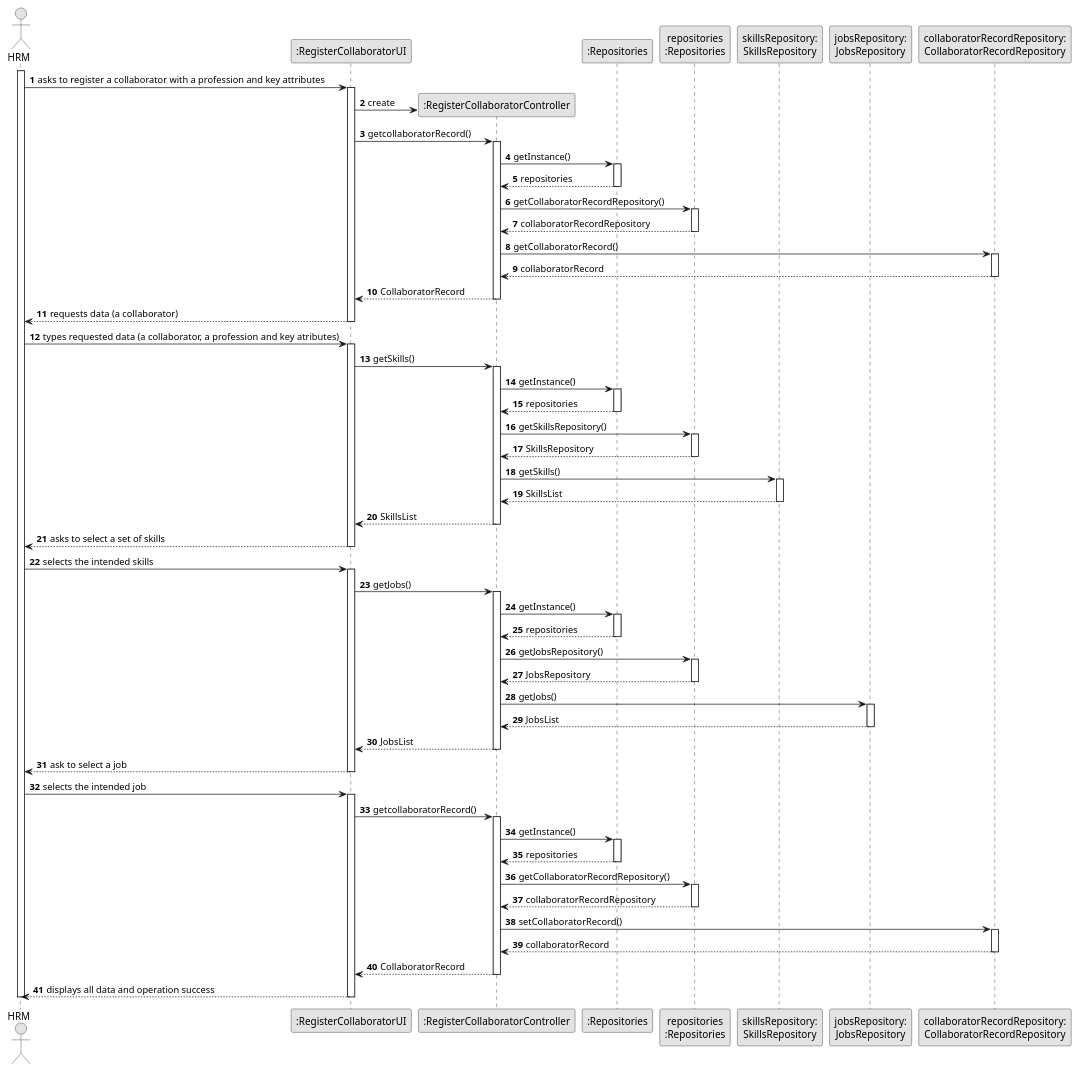
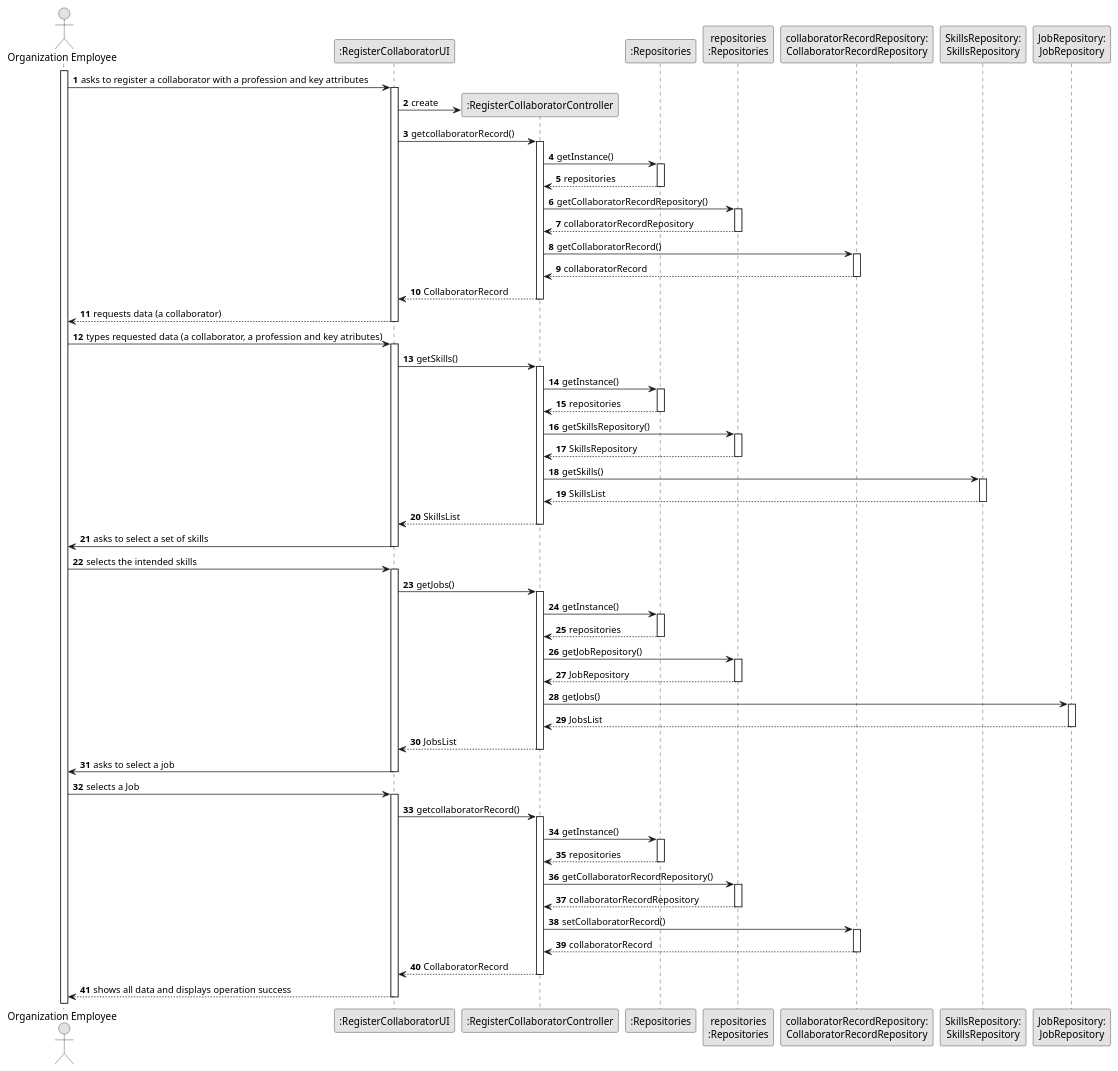
Before and after one commit to Departamento-de-Engenharia-Informatica/lei-24-s2-1df-1de-g063: the diagram in docs/sprintB/us003/03.design/puml/us03-sequence-diagram-full.puml, drawn with PlantUML. The commit also changed 4 other files, not shown here.

```diff
--- a/docs/sprintB/us003/03.design/puml/us03-sequence-diagram-full.puml
+++ b/docs/sprintB/us003/03.design/puml/us03-sequence-diagram-full.puml
@@ -1,151 +1,145 @@
 @startuml
 skinparam monochrome true
 skinparam packageStyle rectangle
 skinparam shadowing false
 
 autonumber
 
 'hide footbox
-actor "HRM" as ADM
+actor "Organization Employee" as ADM
 participant ":RegisterCollaboratorUI" as UI
 participant ":RegisterCollaboratorController" as CTRL
 participant ":Repositories" as RepositorySingleton
 participant "repositories\n:Repositories" as PLAT
-participant "skillsRepository:\nSkillsRepository" as SkillsRepository
-participant "jobsRepository:\nJobsRepository" as JobsRepository
 participant "collaboratorRecordRepository:\nCollaboratorRecordRepository" as CollaboratorRecordRepository
+participant "SkillsRepository:\nSkillsRepository" as SkillsRepository
+participant "JobRepository:\nJobRepository" as JobRepository
 
 
 activate ADM
 
         ADM -> UI : asks to register a collaborator with a profession and key attributes
 
         activate UI
 
 '            UI --> ADM : requests data (reference, description,  informal \n description, technical description, duration, cost)
             'create CTRL
             UI -> CTRL** : create
 
             UI -> CTRL : getcollaboratorRecord()
             activate CTRL
 
                 CTRL -> RepositorySingleton : getInstance()
                 activate RepositorySingleton
 
                     RepositorySingleton --> CTRL: repositories
                 deactivate RepositorySingleton
 
                 CTRL -> PLAT : getCollaboratorRecordRepository()
                 activate PLAT
 
                     PLAT --> CTRL: collaboratorRecordRepository
                 deactivate PLAT
 
                 CTRL -> CollaboratorRecordRepository : getCollaboratorRecord()
                 activate CollaboratorRecordRepository
 
                     CollaboratorRecordRepository --> CTRL : collaboratorRecord
                 deactivate CollaboratorRecordRepository
 
 
                 CTRL --> UI : CollaboratorRecord
             deactivate CTRL
 
             UI --> ADM : requests data (a collaborator)
-        deactivate UI
+                    deactivate UI
 
-    ADM -> UI : types requested data (a collaborator, a profession and key atributes)
-    activate UI
+                ADM -> UI : types requested data (a collaborator, a profession and key atributes)
+        activate UI
+
     UI -> CTRL : getSkills()
                 activate CTRL
 
                     CTRL -> RepositorySingleton : getInstance()
                     activate RepositorySingleton
 
                         RepositorySingleton --> CTRL: repositories
                     deactivate RepositorySingleton
 
                     CTRL -> PLAT : getSkillsRepository()
                     activate PLAT
 
                         PLAT --> CTRL: SkillsRepository
                     deactivate PLAT
 
                     CTRL -> SkillsRepository : getSkills()
                     activate SkillsRepository
 
                         SkillsRepository --> CTRL : SkillsList
                     deactivate SkillsRepository
 
 
                     CTRL --> UI : SkillsList
                 deactivate CTRL
+                        UI -> ADM : asks to select a set of skills
+    deactivate UI
+                            ADM -> UI : selects the intended skills
+            activate UI
 
-        UI --> ADM : asks to select a set of skills
-    deactivate UI
-
-    ADM -> UI : selects the intended skills
-    activate UI
         UI -> CTRL : getJobs()
                     activate CTRL
 
                         CTRL -> RepositorySingleton : getInstance()
                         activate RepositorySingleton
 
                             RepositorySingleton --> CTRL: repositories
                         deactivate RepositorySingleton
 
-                        CTRL -> PLAT : getJobsRepository()
+                        CTRL -> PLAT : getJobRepository()
                         activate PLAT
 
-                            PLAT --> CTRL: JobsRepository
+                            PLAT --> CTRL: JobRepository
                         deactivate PLAT
 
-                        CTRL -> JobsRepository : getJobs()
-                        activate JobsRepository
+                        CTRL -> JobRepository : getJobs()
+                        activate JobRepository
 
-                            JobsRepository --> CTRL : JobsList
-                        deactivate JobsRepository
+                            JobRepository --> CTRL : JobsList
+                        deactivate JobRepository
 
 
                         CTRL --> UI : JobsList
                     deactivate CTRL
+                        UI -> ADM : asks to select a job
 
-            UI --> ADM : ask to select a job
         deactivate UI
-        ADM -> UI : selects the intended job
-        activate UI
-        UI -> CTRL : getcollaboratorRecord()
-            activate CTRL
+                                    ADM -> UI : selects a Job
+            activate UI
+             UI -> CTRL : getcollaboratorRecord()
+                        activate CTRL
 
-                CTRL -> RepositorySingleton : getInstance()
-                activate RepositorySingleton
+                            CTRL -> RepositorySingleton : getInstance()
+                            activate RepositorySingleton
 
-                    RepositorySingleton --> CTRL: repositories
-                deactivate RepositorySingleton
+                                RepositorySingleton --> CTRL: repositories
+                            deactivate RepositorySingleton
 
-                CTRL -> PLAT : getCollaboratorRecordRepository()
-                activate PLAT
+                            CTRL -> PLAT : getCollaboratorRecordRepository()
+                            activate PLAT
 
-                    PLAT --> CTRL: collaboratorRecordRepository
-                deactivate PLAT
+                                PLAT --> CTRL: collaboratorRecordRepository
+                            deactivate PLAT
 
-                CTRL -> CollaboratorRecordRepository : setCollaboratorRecord()
-                activate CollaboratorRecordRepository
+                            CTRL -> CollaboratorRecordRepository : setCollaboratorRecord()
+                            activate CollaboratorRecordRepository
 
-                    CollaboratorRecordRepository --> CTRL : collaboratorRecord
-                deactivate CollaboratorRecordRepository
+                                CollaboratorRecordRepository --> CTRL : collaboratorRecord
+                            deactivate CollaboratorRecordRepository
 
 
-                CTRL --> UI : CollaboratorRecord
-            deactivate CTRL
-
-            UI --> ADM : displays all data and operation success
-        deactivate UI
-
-
-
-
-deactivate ADM
+                            CTRL --> UI : CollaboratorRecord
+                        deactivate CTRL
+                                UI --> ADM : shows all data and displays operation success
+deactivate UI
 
 @enduml
```
